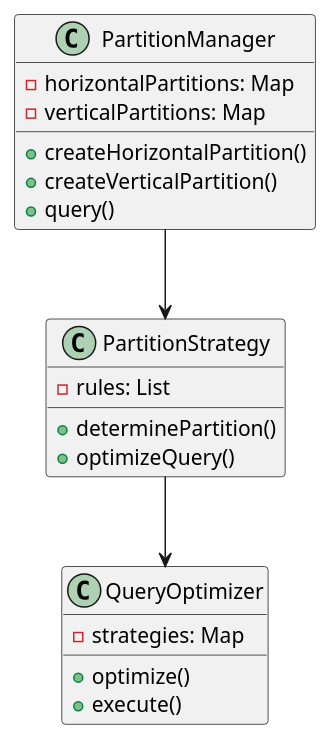
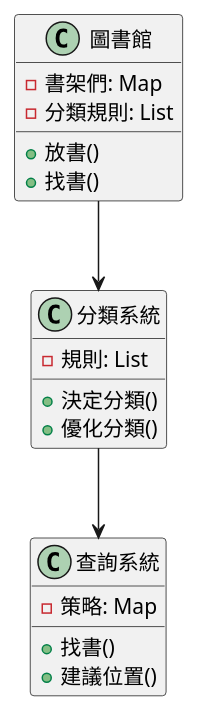
Before and after one commit to fine5351/info-sync: the second of 3 diagrams in doc/learning/architecture/database_partition_tutorial.md, drawn with PlantUML. The commit also changed other lines of this file and 35 other files, not shown here.

````diff
--- a/doc/learning/architecture/database_partition_tutorial.md
+++ b/doc/learning/architecture/database_partition_tutorial.md
@@ -232,26 +254,25 @@
 ```plantuml
 @startuml
-class PartitionManager {
-    - horizontalPartitions: Map
-    - verticalPartitions: Map
-    + createHorizontalPartition()
-    + createVerticalPartition()
-    + query()
+class 圖書館 {
+    - 書架們: Map
+    - 分類規則: List
+    + 放書()
+    + 找書()
 }
 
-class PartitionStrategy {
-    - rules: List
-    + determinePartition()
-    + optimizeQuery()
+class 分類系統 {
+    - 規則: List
+    + 決定分類()
+    + 優化分類()
 }
 
-class QueryOptimizer {
-    - strategies: Map
-    + optimize()
-    + execute()
+class 查詢系統 {
+    - 策略: Map
+    + 找書()
+    + 建議位置()
 }
 
-PartitionManager --> PartitionStrategy
-PartitionStrategy --> QueryOptimizer
+圖書館 --> 分類系統
+分類系統 --> 查詢系統
 @enduml
 ```
````
